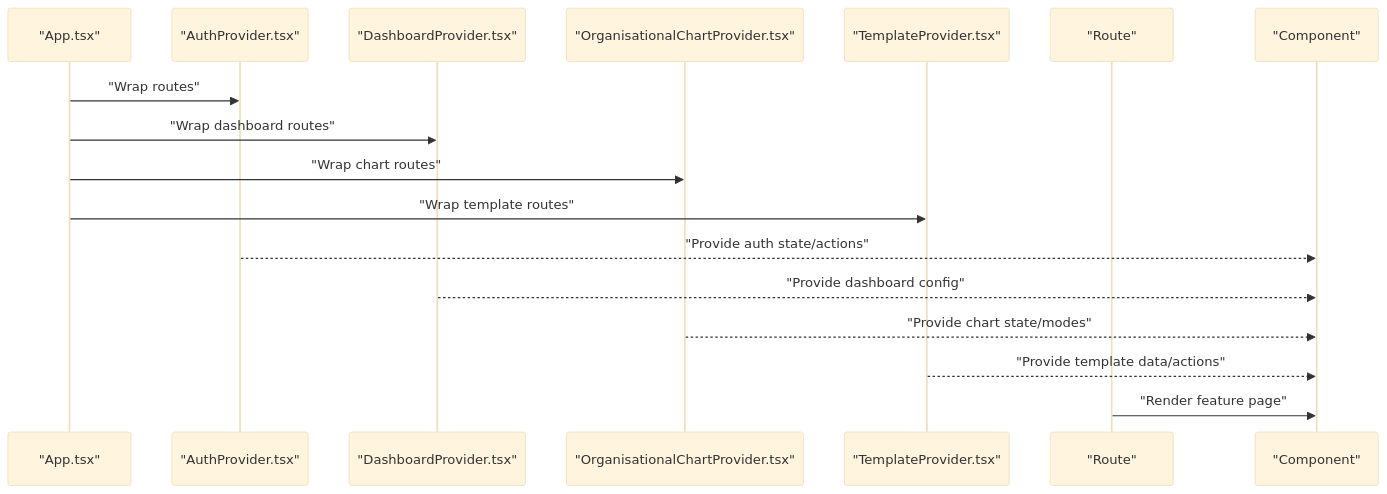
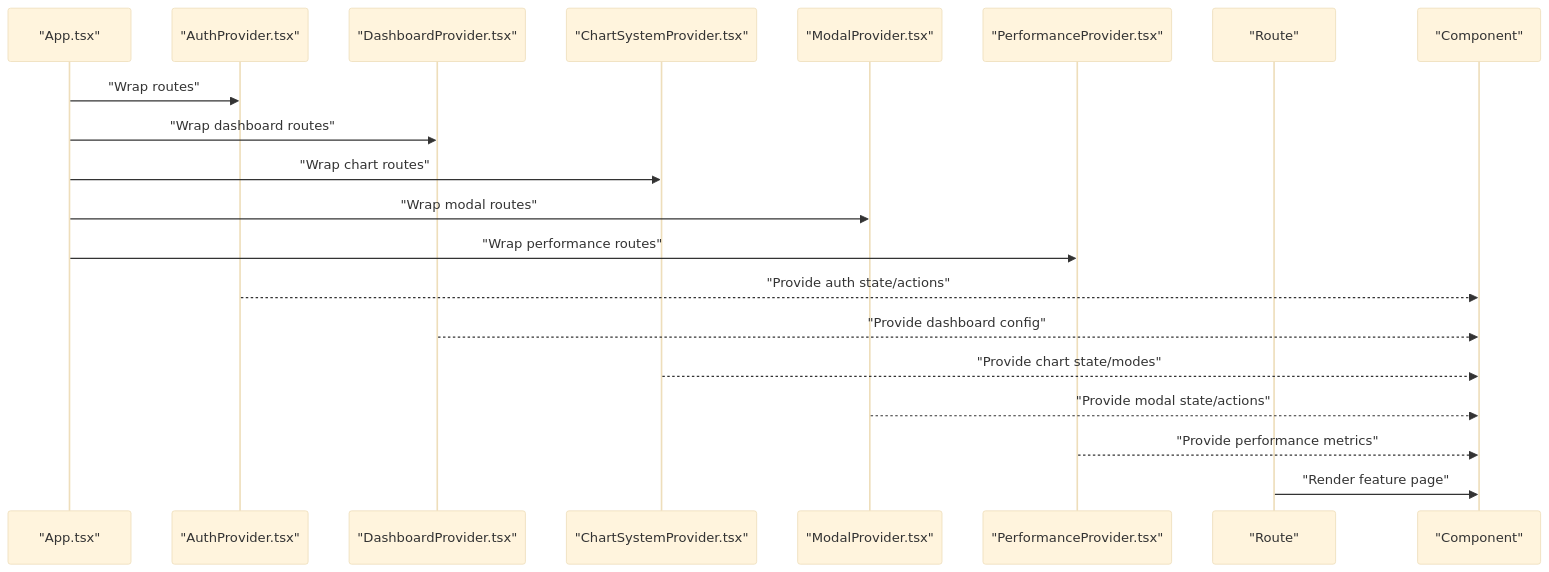
One commit to franckylab/eLISAschool changed the tenth of 14 diagrams in .qoder/repowiki/en/content/System Architecture/Frontend Architecture/Component Architecture/Component Architecture.md. Above: the diagram before and after it, drawn with Mermaid (base theme). The commit also changed other lines of this file and 97 other files, not shown here.

````diff
--- a/.qoder/repowiki/en/content/System Architecture/Frontend Architecture/Component Architecture/Component Architecture.md
+++ b/.qoder/repowiki/en/content/System Architecture/Frontend Architecture/Component Architecture/Component Architecture.md
@@ -618,19 +809,22 @@
 ```mermaid
 sequenceDiagram
 participant App as "App.tsx"
 participant AuthP as "AuthProvider.tsx"
 participant DashP as "DashboardProvider.tsx"
-participant ChartP as "OrganisationalChartProvider.tsx"
-participant TemplateP as "TemplateProvider.tsx"
+participant ChartP as "ChartSystemProvider.tsx"
+participant ModalP as "ModalProvider.tsx"
+participant PerfP as "PerformanceProvider.tsx"
 participant Route as "Route"
 participant Consumer as "Component"
 App->>AuthP : "Wrap routes"
 App->>DashP : "Wrap dashboard routes"
 App->>ChartP : "Wrap chart routes"
-App->>TemplateP : "Wrap template routes"
+App->>ModalP : "Wrap modal routes"
+App->>PerfP : "Wrap performance routes"
 AuthP-->>Consumer : "Provide auth state/actions"
 DashP-->>Consumer : "Provide dashboard config"
 ChartP-->>Consumer : "Provide chart state/modes"
-TemplateP-->>Consumer : "Provide template data/actions"
+ModalP-->>Consumer : "Provide modal state/actions"
+PerfP-->>Consumer : "Provide performance metrics"
 Route->>Consumer : "Render feature page"
 ```
````
